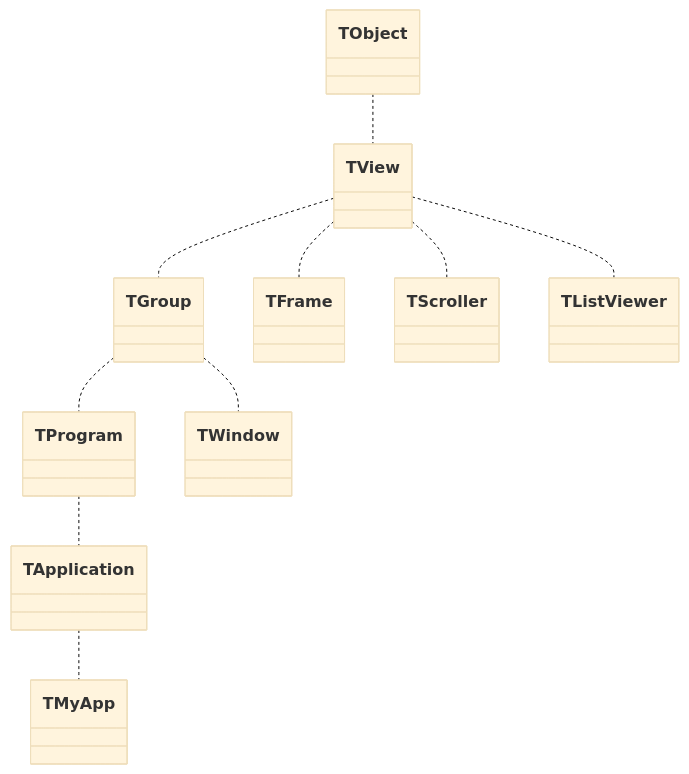
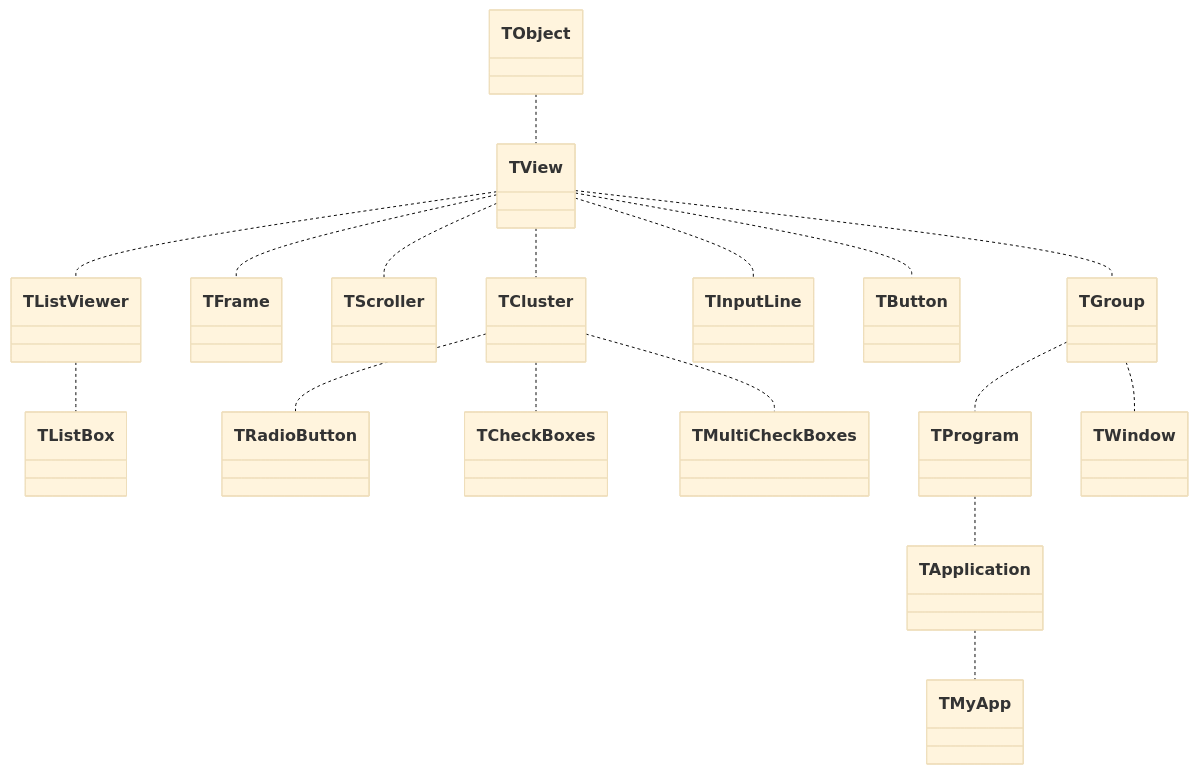
One commit to sechshelme/Lazarus-FreeVision-Tutorial changed the diagram in 99_Test/GIT_Chart_Test/readme.md. Above: the diagram before and after it, drawn with Mermaid (base theme). The commit also changed other lines of this file, not shown here.

````diff
--- a/99_Test/GIT_Chart_Test/readme.md
+++ b/99_Test/GIT_Chart_Test/readme.md
@@ -3,14 +3,21 @@
 ```mermaid
 classDiagram
 
 
 TObject .. TView
-TView ..TGroup
-TView ..TFrame
-TView ..TScroller
-TView ..TListViewer
-TGroup ..TProgram
-TGroup ..TWindow
+TView .. TGroup
+TView .. TFrame
+TView .. TScroller
+TView .. TListViewer
+TListViewer .. TListBox
+TView .. TInputLine
+TView .. TButton
+TView .. TCluster
+TCluster .. TRadioButton
+TCluster .. TCheckBoxes
+TCluster .. TMultiCheckBoxes
+TGroup .. TProgram
+TGroup .. TWindow
 TProgram .. TApplication 
 TApplication .. TMyApp
 ```
````
